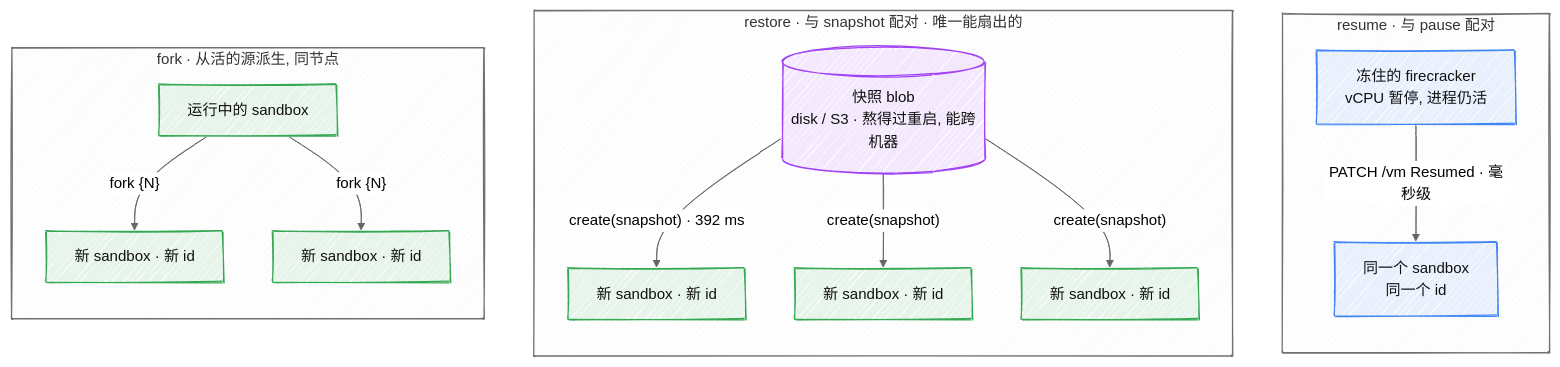
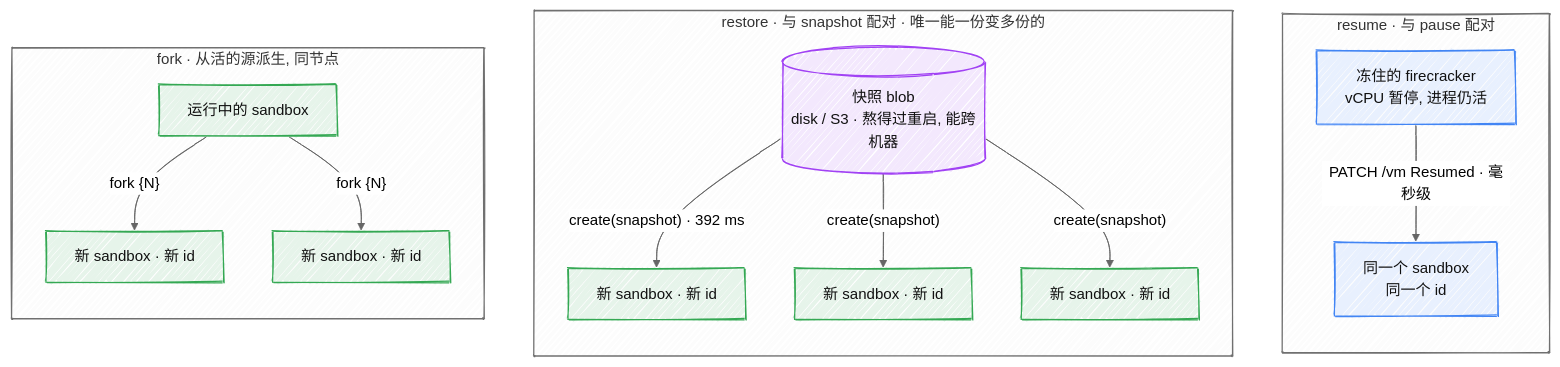
One commit to garysng/bean changed the diagram in docs/zh/snapshot-resume.md. Above: the diagram before and after it, drawn with Mermaid. The commit also changed other lines of this file and 6 other files, not shown here.

````diff
--- a/docs/zh/snapshot-resume.md
+++ b/docs/zh/snapshot-resume.md
@@ -14,43 +14,43 @@
 ```mermaid
 ---
 config:
   look: handDrawn
   theme: neutral
   flowchart:
     curve: basis
 ---
 flowchart TB
   subgraph RESUME["resume &middot; 与 pause 配对"]
     direction TB
     RP["冻住的 firecracker<br>vCPU 暂停, 进程仍活"]
     RS["同一个 sandbox<br>同一个 id"]
     RP -- "PATCH /vm Resumed &middot; 毫秒级" --> RS
   end
 
-  subgraph RESTORE["restore &middot; 与 snapshot 配对 &middot; 唯一能扇出的"]
+  subgraph RESTORE["restore &middot; 与 snapshot 配对 &middot; 唯一能一份变多份的"]
     direction TB
     BLOB[("快照 blob<br>disk / S3 &middot; 熬得过重启, 能跨机器")]
     N1["新 sandbox &middot; 新 id"]
     N2["新 sandbox &middot; 新 id"]
     NN["新 sandbox &middot; 新 id"]
     BLOB -- "create(snapshot) &middot; 392 ms" --> N1
     BLOB -- "create(snapshot)" --> N2
     BLOB -- "create(snapshot)" --> NN
   end
 
   subgraph FORK["fork &middot; 从活的源派生, 同节点"]
     direction TB
     SRC["运行中的 sandbox"]
     FK1["新 sandbox &middot; 新 id"]
     FKN["新 sandbox &middot; 新 id"]
     SRC -- "fork {N}" --> FK1
     SRC -- "fork {N}" --> FKN
   end
 
   classDef same fill:#E8F0FE,stroke:#4285F4,color:#111;
   classDef fresh fill:#E6F4EA,stroke:#34A853,color:#111;
   classDef store fill:#F3E8FD,stroke:#A142F4,color:#111;
   class RP,RS same;
   class N1,N2,NN,FK1,FKN,SRC fresh;
   class BLOB store;
 ```
````
